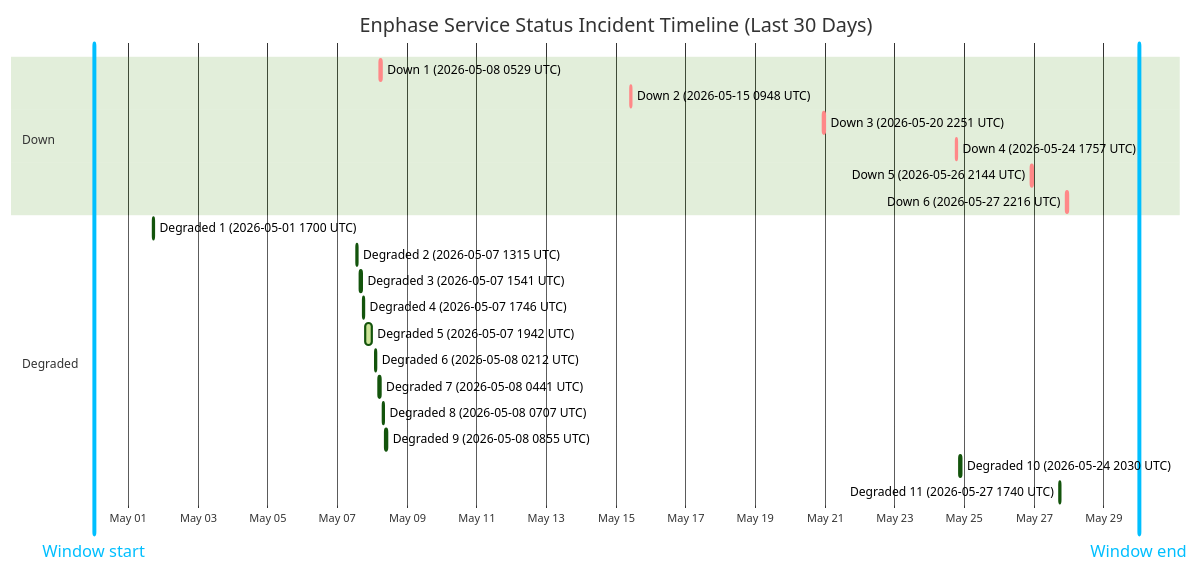
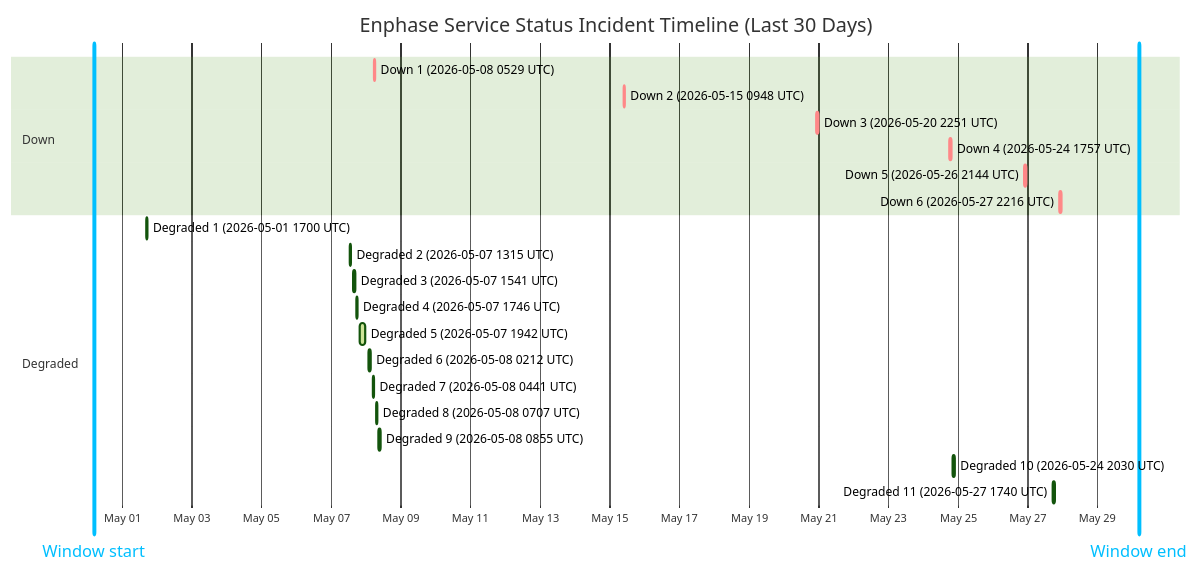
One commit to barneyonline/ha-enphase-ev-charger changed the diagram in wiki/Service-Status-History.md. Above: the diagram before and after it, drawn with Mermaid (forest theme). The commit also changed other lines of this file and 3 other files, not shown here.

````diff
--- a/wiki/Service-Status-History.md
+++ b/wiki/Service-Status-History.md
@@ -14,27 +14,27 @@
 ```mermaid
 gantt
     title Enphase Service Status Incident Timeline (Last 30 Days)
     dateFormat  YYYY-MM-DDTHH:mm:ss
     axisFormat  %b %d
-    Window start :vert, window-start, 2026-04-30T00:08:52, 0ms
-    Window end :vert, window-end, 2026-05-30T00:08:52, 0ms
+    Window start :vert, window-start, 2026-04-30T04:33:27, 0ms
+    Window end :vert, window-end, 2026-05-30T04:33:27, 0ms
     section Down
     Down 1 (2026-05-08 0529 UTC) :crit, down-1, 2026-05-08T05:29:47, 60m
     Down 2 (2026-05-15 0948 UTC) :crit, down-2, 2026-05-15T09:48:18, 60m
     Down 3 (2026-05-20 2251 UTC) :crit, down-3, 2026-05-20T22:51:14, 75m
     Down 4 (2026-05-24 1757 UTC) :crit, down-4, 2026-05-24T17:57:41, 86m
     Down 5 (2026-05-26 2144 UTC) :crit, down-5, 2026-05-26T21:44:11, 85m
     Down 6 (2026-05-27 2216 UTC) :crit, down-6, 2026-05-27T22:16:53, 87m
     section Degraded
     Degraded 1 (2026-05-01 1700 UTC) :active, degraded-1, 2026-05-01T17:00:22, 60m
     Degraded 2 (2026-05-07 1315 UTC) :active, degraded-2, 2026-05-07T13:15:25, 60m
     Degraded 3 (2026-05-07 1541 UTC) :active, degraded-3, 2026-05-07T15:41:58, 60m
     Degraded 4 (2026-05-07 1746 UTC) :active, degraded-4, 2026-05-07T17:46:51, 60m
     Degraded 5 (2026-05-07 1942 UTC) :active, degraded-5, 2026-05-07T19:42:10, 249m
     Degraded 6 (2026-05-08 0212 UTC) :active, degraded-6, 2026-05-08T02:12:39, 60m
     Degraded 7 (2026-05-08 0441 UTC) :active, degraded-7, 2026-05-08T04:41:46, 60m
     Degraded 8 (2026-05-08 0707 UTC) :active, degraded-8, 2026-05-08T07:07:30, 60m
     Degraded 9 (2026-05-08 0855 UTC) :active, degraded-9, 2026-05-08T08:55:20, 88m
     Degraded 10 (2026-05-24 2030 UTC) :active, degraded-10, 2026-05-24T20:30:57, 84m
     Degraded 11 (2026-05-27 1740 UTC) :active, degraded-11, 2026-05-27T17:40:52, 60m
 ```
````
